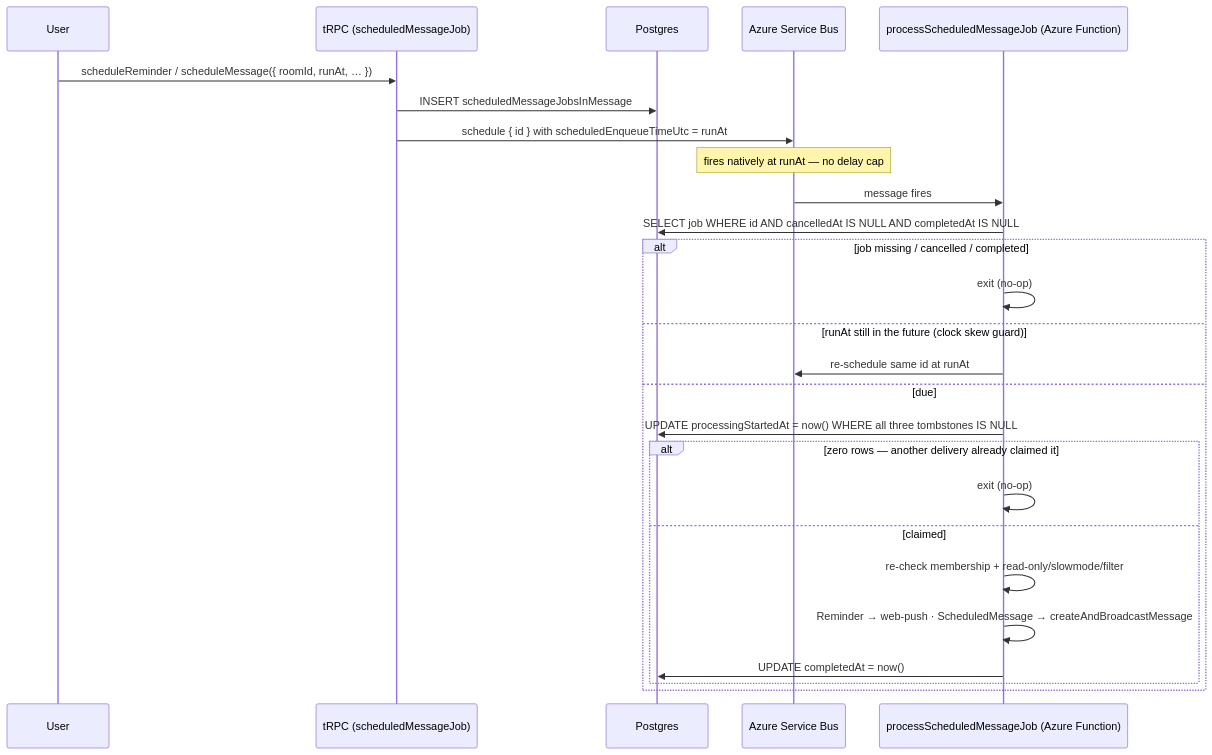
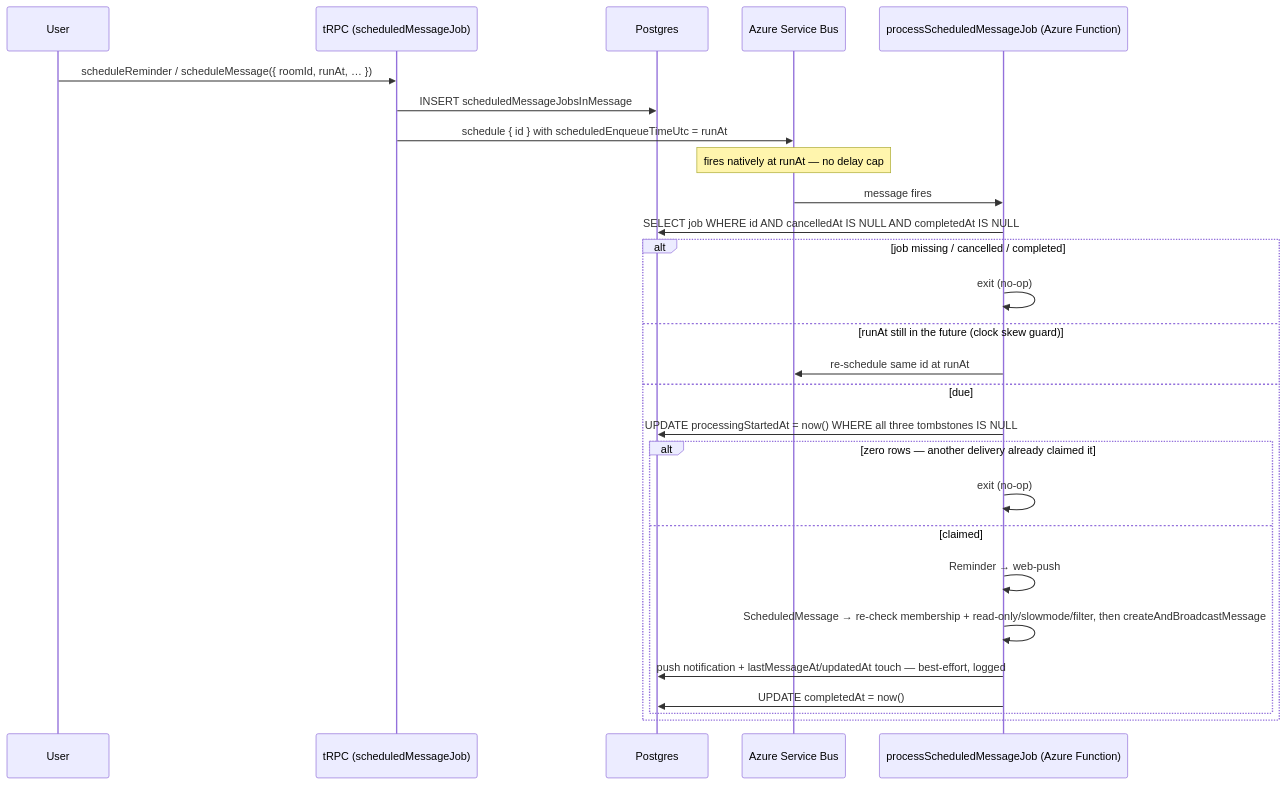
Before and after one commit to Esposter/Esposter: the diagram in packages/app/content/docs/esbabbler/scheduled-messages.md, drawn with Mermaid. The commit also changed other lines of this file and 20 other files, not shown here.

````diff
--- a/packages/app/content/docs/esbabbler/scheduled-messages.md
+++ b/packages/app/content/docs/esbabbler/scheduled-messages.md
@@ -12,30 +12,31 @@
 ```mermaid
 sequenceDiagram
     participant U as User
     participant T as tRPC (scheduledMessageJob)
     participant DB as Postgres
     participant Q as Azure Service Bus
     participant F as processScheduledMessageJob (Azure Function)
 
     U->>T: scheduleReminder / scheduleMessage({ roomId, runAt, … })
     T->>DB: INSERT scheduledMessageJobsInMessage
     T->>Q: schedule { id } with scheduledEnqueueTimeUtc = runAt
     Note over Q: fires natively at runAt — no delay cap
 
     Q->>F: message fires
     F->>DB: SELECT job WHERE id AND cancelledAt IS NULL AND completedAt IS NULL
     alt job missing / cancelled / completed
         F->>F: exit (no-op)
     else runAt still in the future (clock skew guard)
         F->>Q: re-schedule same id at runAt
     else due
         F->>DB: UPDATE processingStartedAt = now() WHERE all three tombstones IS NULL
         alt zero rows — another delivery already claimed it
             F->>F: exit (no-op)
         else claimed
-            F->>F: re-check membership + read-only/slowmode/filter
-            F->>F: Reminder → web-push · ScheduledMessage → createAndBroadcastMessage
+            F->>F: Reminder → web-push
+            F->>F: ScheduledMessage → re-check membership + read-only/slowmode/filter, then createAndBroadcastMessage
+            F->>DB: push notification + lastMessageAt/updatedAt touch — best-effort, logged
             F->>DB: UPDATE completedAt = now()
         end
     end
 ```
````
